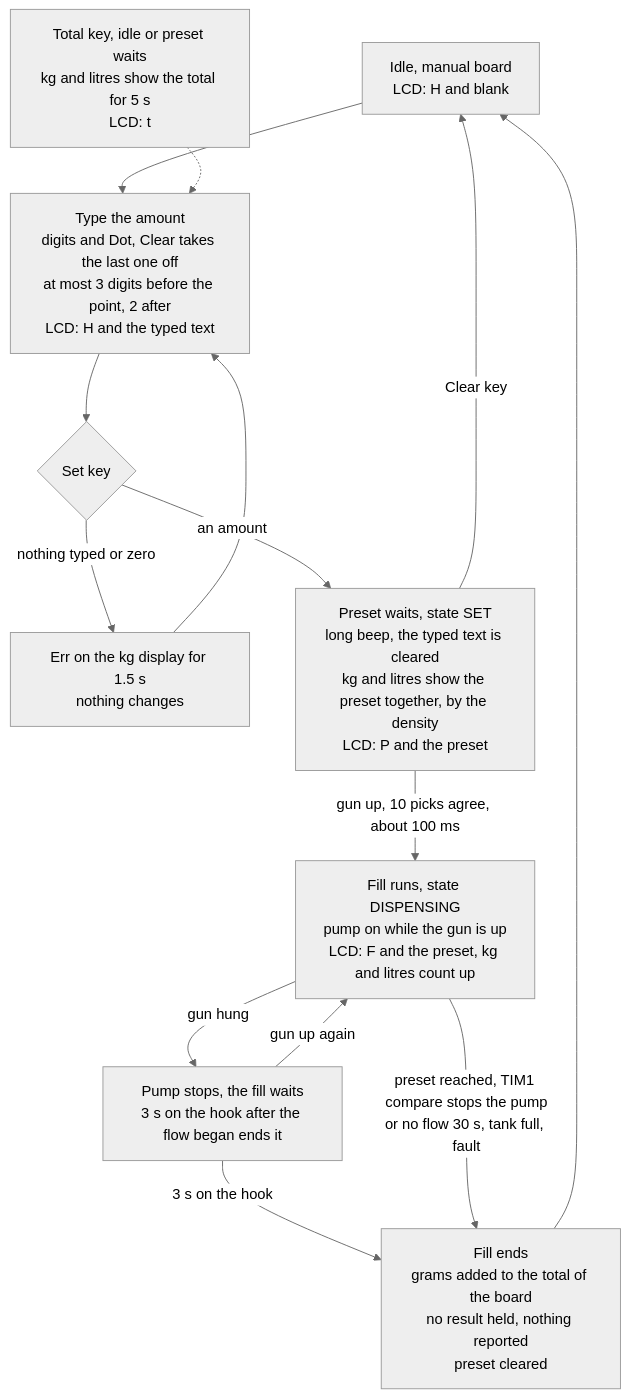
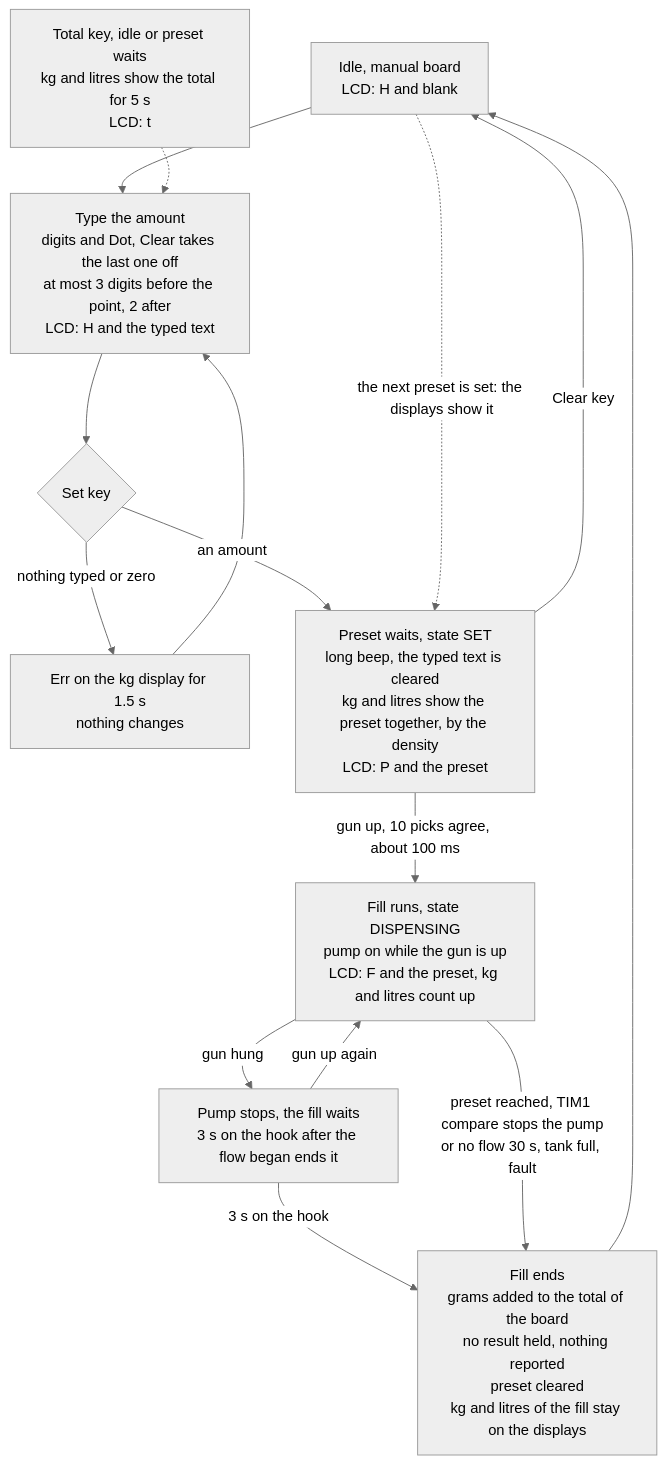
One commit to atosdev7/GasStaion changed the tenth of 10 diagrams in firmware/WORKFLOW.md. Above: the diagram before and after it, drawn with Mermaid (neutral theme). The commit also changed other lines of this file and 8 other files, not shown here.

Commit message:
Firmware: a manual fill's end stays on the displays until the next preset is set

````diff
--- a/firmware/WORKFLOW.md
+++ b/firmware/WORKFLOW.md
@@ -275,16 +275,17 @@
 ```mermaid
 flowchart TD
     A["Idle, manual board<br/>LCD: H and blank"] --> B["Type the amount<br/>digits and Dot, Clear takes the last one off<br/>at most 3 digits before the point, 2 after<br/>LCD: H and the typed text"]
     B --> C{"Set key"}
     C -- "nothing typed or zero" --> X["Err on the kg display for 1.5 s<br/>nothing changes"]
     X --> B
     C -- "an amount" --> D["Preset waits, state SET<br/>long beep, the typed text is cleared<br/>kg and litres show the preset together, by the density<br/>LCD: P and the preset"]
     D -- "Clear key" --> A
     D -- "gun up, 10 picks agree, about 100 ms" --> E["Fill runs, state DISPENSING<br/>pump on while the gun is up<br/>LCD: F and the preset, kg and litres count up"]
     E -- "gun hung" --> P["Pump stops, the fill waits<br/>3 s on the hook after the flow began ends it"]
     P -- "gun up again" --> E
     P -- "3 s on the hook" --> F
-    E -- "preset reached, TIM1 compare stops the pump<br/>or no flow 30 s, tank full, fault" --> F["Fill ends<br/>grams added to the total of the board<br/>no result held, nothing reported<br/>preset cleared"]
+    E -- "preset reached, TIM1 compare stops the pump<br/>or no flow 30 s, tank full, fault" --> F["Fill ends<br/>grams added to the total of the board<br/>no result held, nothing reported<br/>preset cleared<br/>kg and litres of the fill stay on the displays"]
     F --> A
+    A -. "the next preset is set: the displays show it" .-> D
     T["Total key, idle or preset waits<br/>kg and litres show the total for 5 s<br/>LCD: t"] -.-> B
 ```
````
